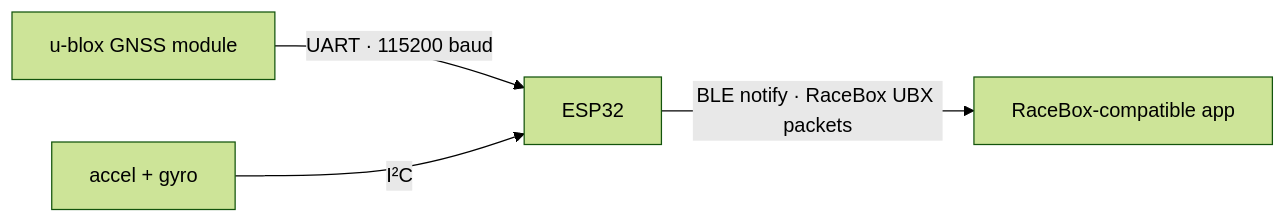
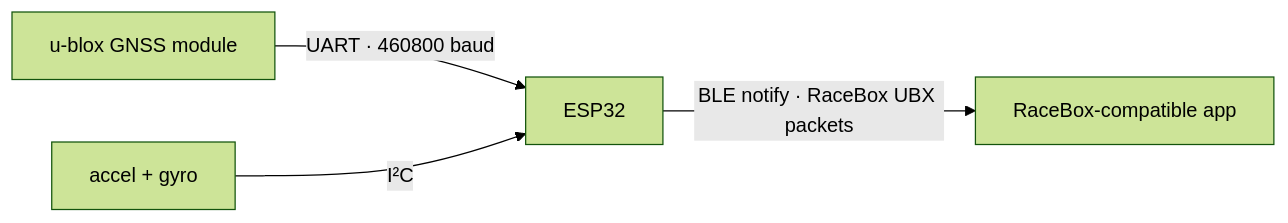
Before and after one commit to c20d-us/Gnimu: the diagram in README.md, drawn with Mermaid (forest theme). The commit also changed other lines of this file and 12 other files, not shown here.

````diff
--- a/README.md
+++ b/README.md
@@ -28,6 +28,6 @@
 ```mermaid
 flowchart LR
-    GNSS["u-blox GNSS module"] -- "UART · 115200 baud" --> ESP32["ESP32"]
+    GNSS["u-blox GNSS module"] -- "UART · 460800 baud" --> ESP32["ESP32"]
     IMU["accel + gyro"] -- "I²C" --> ESP32
     ESP32 -- "BLE notify · RaceBox UBX packets" --> App["RaceBox-compatible app"]
 ```
````
